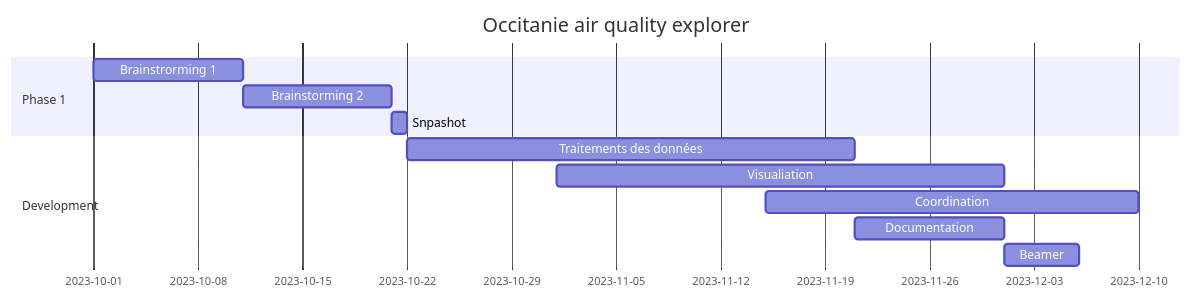
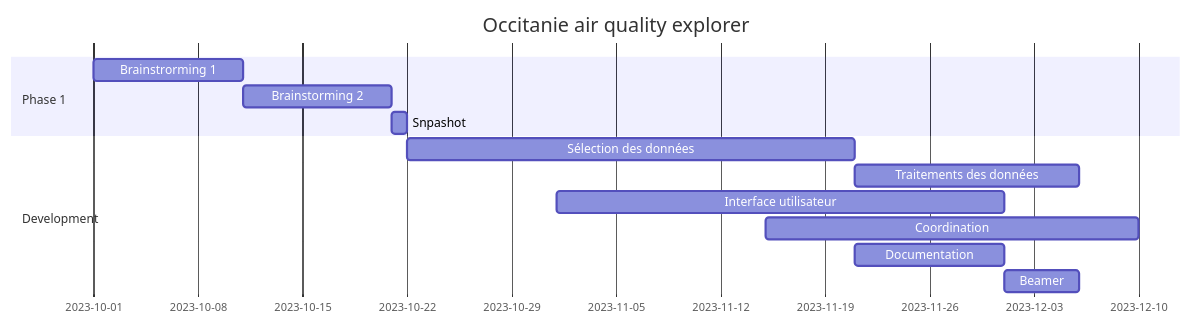
Before and after one commit to Thiziriinfo/HAX712X_group5_project: the second of 2 diagrams in README.qmd, drawn with Mermaid. The commit also changed other lines of this file and 1 other file, not shown here.

````diff
--- a/README.qmd
+++ b/README.qmd
@@ -22,15 +37,16 @@
 ```{mermaid}
 gantt
     title Occitanie air quality explorer
     dateFormat YYYY-MM-DD
     section Phase 1
         Brainstrorming 1 :a1, 2023-10-01, 10d
         Brainstorming 2  :after a1, 10d
         Snpashot : 2023-10-22
     section Development
-        Traitements des données : a2, 2023-10-22, 30d
-        Visualiation   : 2023-11-01, 30d
+        Sélection des données : a2, 2023-10-22, 30d
+        Traitements des données : after a2, 15d
+        Interface utilisateur   : 2023-11-01, 30d
         Coordination : 2023-11-15 , 25d
         Documentation : a3, after a2 , 10d
         Beamer : after a3, 5d
 ```
````
